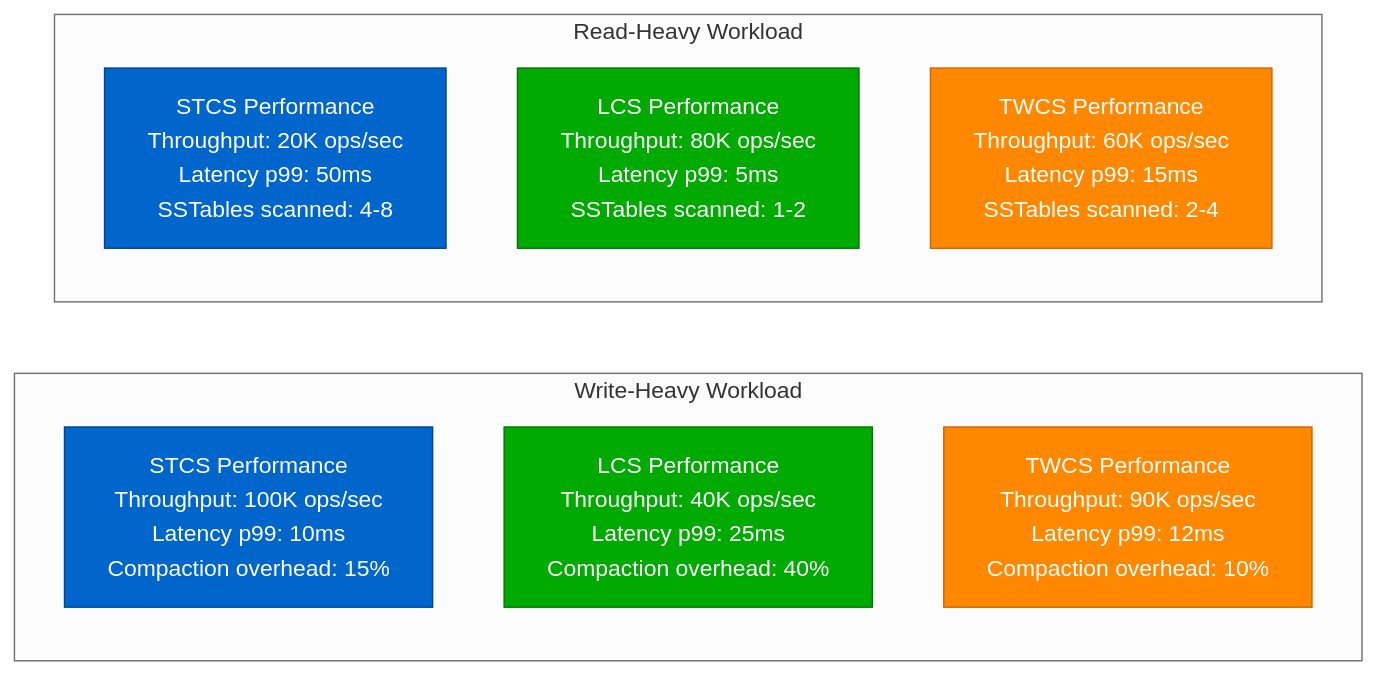
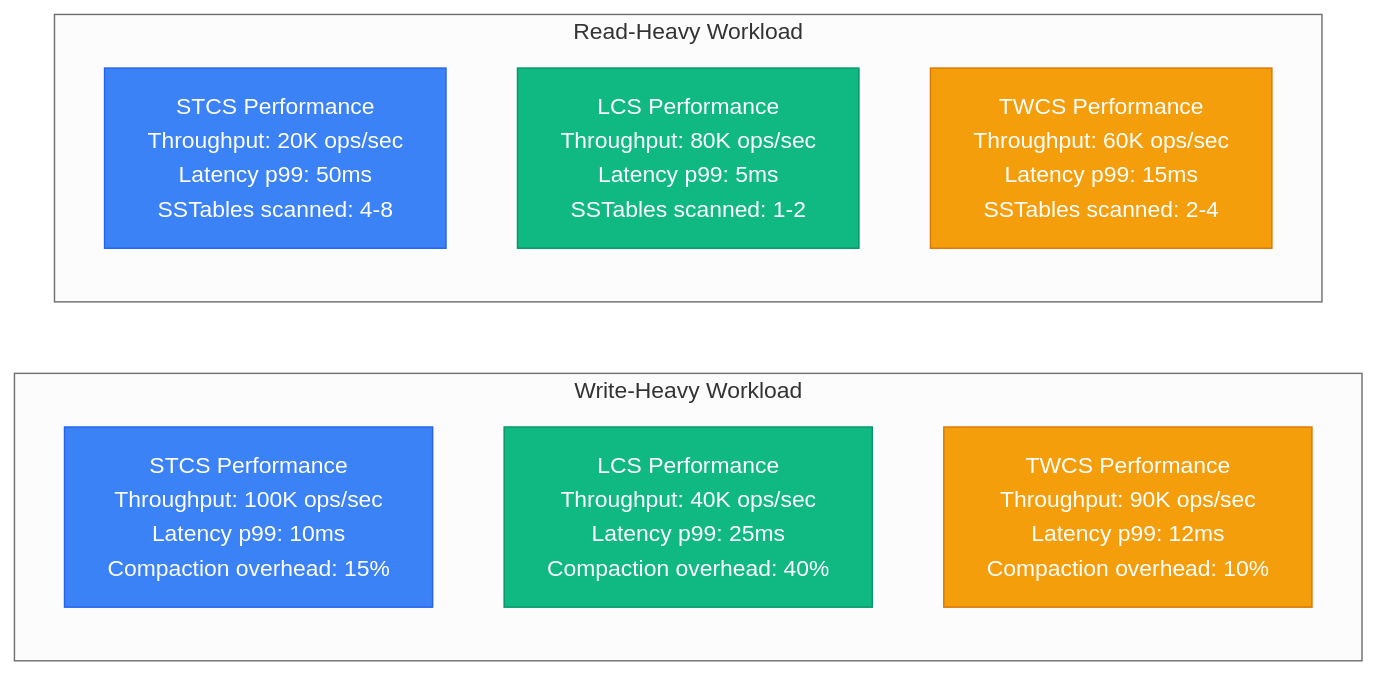
Before and after one commit to deepaucksharma/DS: the fourth of 14 diagrams in site/docs/performance/cassandra-performance-profile.md, drawn with Mermaid (neutral theme). The commit also changed other lines of this file and 303 other files, not shown here.

````diff
--- a/site/docs/performance/cassandra-performance-profile.md
+++ b/site/docs/performance/cassandra-performance-profile.md
@@ -107,26 +107,26 @@
 ```mermaid
 graph LR
     subgraph "Write-Heavy Workload"
         WH1[STCS Performance<br/>Throughput: 100K ops/sec<br/>Latency p99: 10ms<br/>Compaction overhead: 15%]
 
         WH2[LCS Performance<br/>Throughput: 40K ops/sec<br/>Latency p99: 25ms<br/>Compaction overhead: 40%]
 
         WH3[TWCS Performance<br/>Throughput: 90K ops/sec<br/>Latency p99: 12ms<br/>Compaction overhead: 10%]
     end
 
     subgraph "Read-Heavy Workload"
         RH1[STCS Performance<br/>Throughput: 20K ops/sec<br/>Latency p99: 50ms<br/>SSTables scanned: 4-8]
 
         RH2[LCS Performance<br/>Throughput: 80K ops/sec<br/>Latency p99: 5ms<br/>SSTables scanned: 1-2]
 
         RH3[TWCS Performance<br/>Throughput: 60K ops/sec<br/>Latency p99: 15ms<br/>SSTables scanned: 2-4]
     end
 
-    classDef stcsStyle fill:#0066CC,stroke:#004499,color:#fff
-    classDef lcsStyle fill:#00AA00,stroke:#007700,color:#fff
-    classDef twcsStyle fill:#FF8800,stroke:#CC6600,color:#fff
+    classDef stcsStyle fill:#3B82F6,stroke:#2563EB,color:#fff
+    classDef lcsStyle fill:#10B981,stroke:#059669,color:#fff
+    classDef twcsStyle fill:#F59E0B,stroke:#D97706,color:#fff
 
     class WH1,RH1 stcsStyle
     class WH2,RH2 lcsStyle
     class WH3,RH3 twcsStyle
 ```
````
